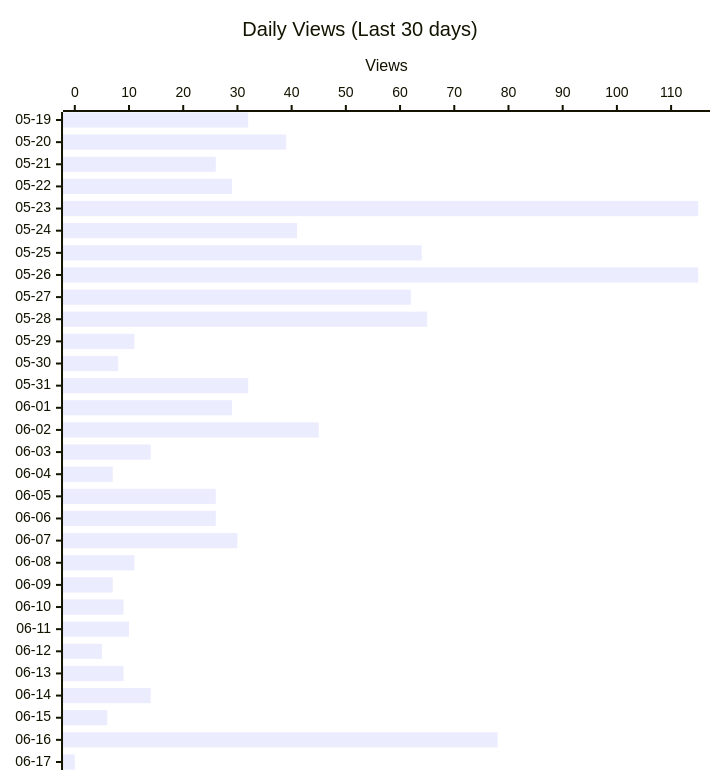
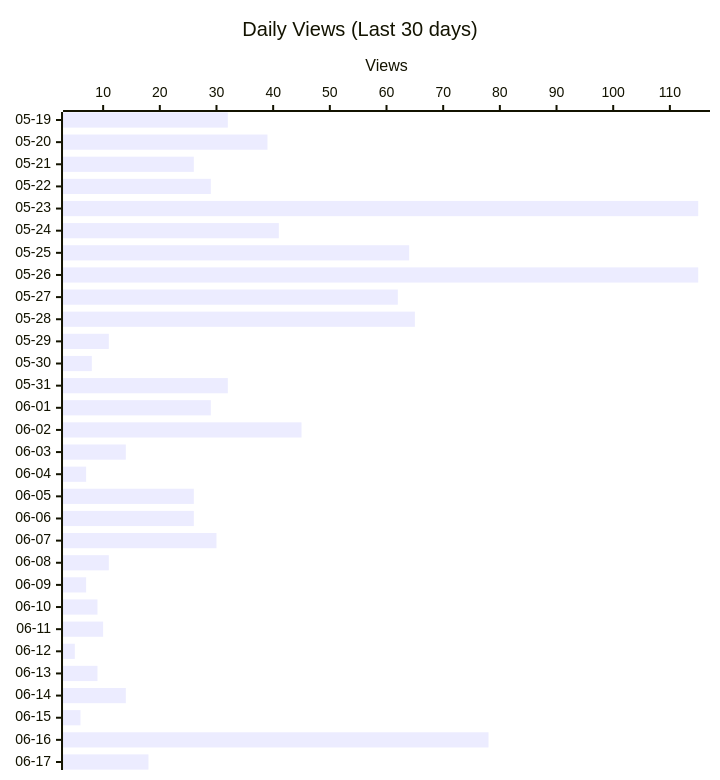
One commit to shigechika/github-insights changed the second of 3 diagrams in README.md. Above: the diagram before and after it, drawn with Mermaid. The commit also changed other lines of this file and 2 other files, not shown here.

````diff
--- a/README.md
+++ b/README.md
@@ -28,12 +28,12 @@
 ```mermaid
 ---
 config:
   xyChart:
     height: 760
 ---
 xychart-beta horizontal
     title "Daily Views (Last 30 days)"
     x-axis ["05-19", "05-20", "05-21", "05-22", "05-23", "05-24", "05-25", "05-26", "05-27", "05-28", "05-29", "05-30", "05-31", "06-01", "06-02", "06-03", "06-04", "06-05", "06-06", "06-07", "06-08", "06-09", "06-10", "06-11", "06-12", "06-13", "06-14", "06-15", "06-16", "06-17"]
     y-axis "Views"
-    bar [32, 39, 26, 29, 115, 41, 64, 115, 62, 65, 11, 8, 32, 29, 45, 14, 7, 26, 26, 30, 11, 7, 9, 10, 5, 9, 14, 6, 78, 0]
+    bar [32, 39, 26, 29, 115, 41, 64, 115, 62, 65, 11, 8, 32, 29, 45, 14, 7, 26, 26, 30, 11, 7, 9, 10, 5, 9, 14, 6, 78, 18]
 ```
````
